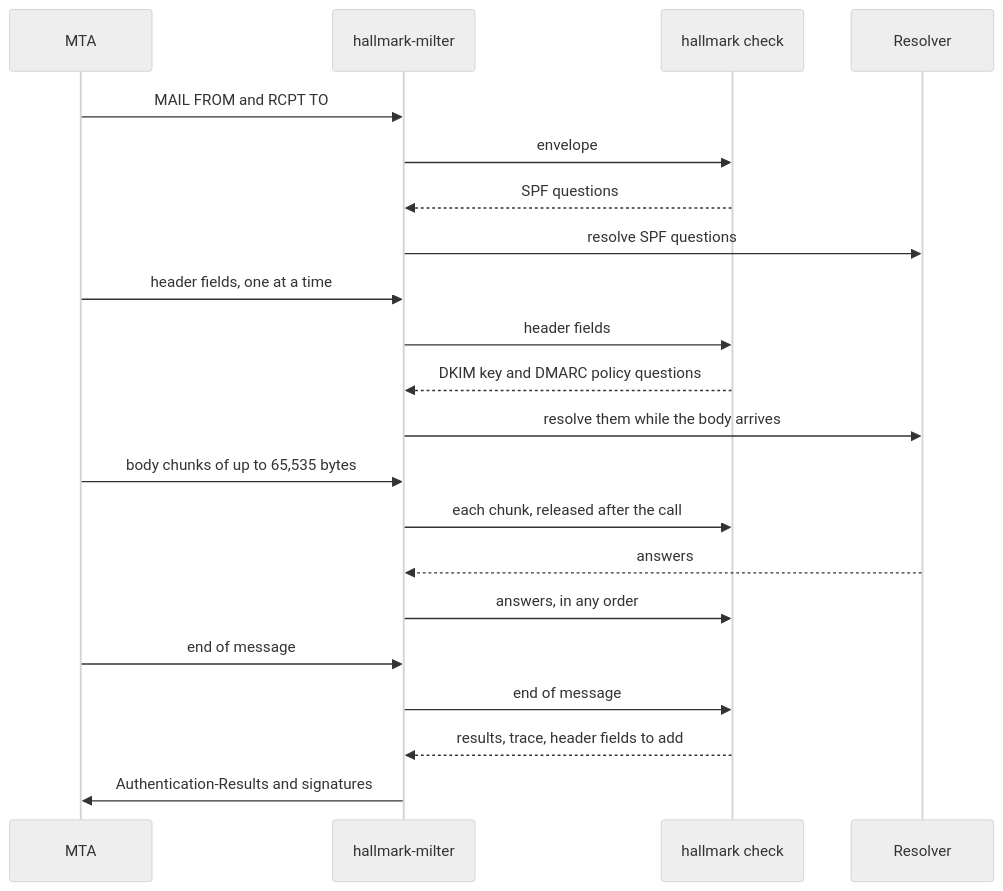
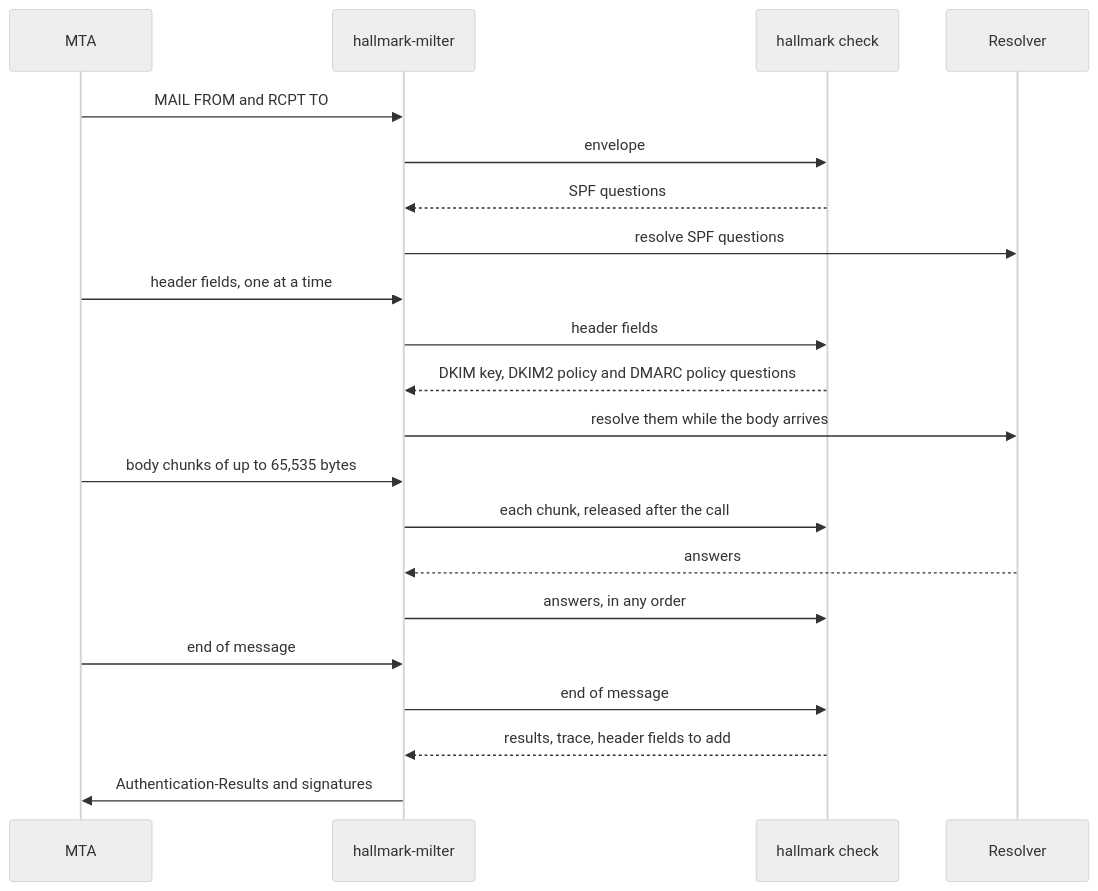
The second of 4 diagrams in docs/explanation/architecture.md (photom/hallmark), drawn with Mermaid (neutral theme) before and after one commit. The commit also changed other lines of this file and 6 other files, not shown here.

````diff
--- a/docs/explanation/architecture.md
+++ b/docs/explanation/architecture.md
@@ -33,23 +33,23 @@
 ```mermaid
 sequenceDiagram
     participant MTA
     participant Milter as hallmark-milter
     participant Check as hallmark check
     participant DNS as Resolver
     MTA->>Milter: MAIL FROM and RCPT TO
     Milter->>Check: envelope
     Check-->>Milter: SPF questions
     Milter->>DNS: resolve SPF questions
     MTA->>Milter: header fields, one at a time
     Milter->>Check: header fields
-    Check-->>Milter: DKIM key and DMARC policy questions
+    Check-->>Milter: DKIM key, DKIM2 policy and DMARC policy questions
     Milter->>DNS: resolve them while the body arrives
     MTA->>Milter: body chunks of up to 65,535 bytes
     Milter->>Check: each chunk, released after the call
     DNS-->>Milter: answers
     Milter->>Check: answers, in any order
     MTA->>Milter: end of message
     Milter->>Check: end of message
     Check-->>Milter: results, trace, header fields to add
     Milter->>MTA: Authentication-Results and signatures
 ```
````
